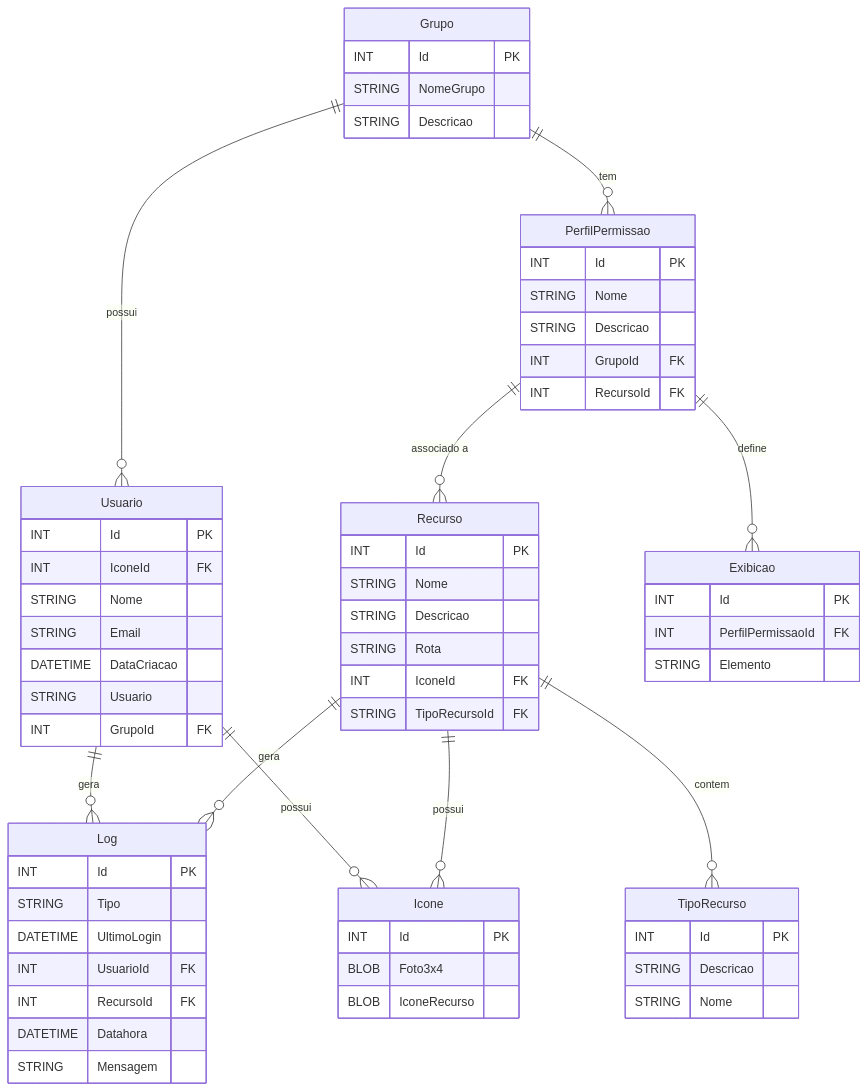
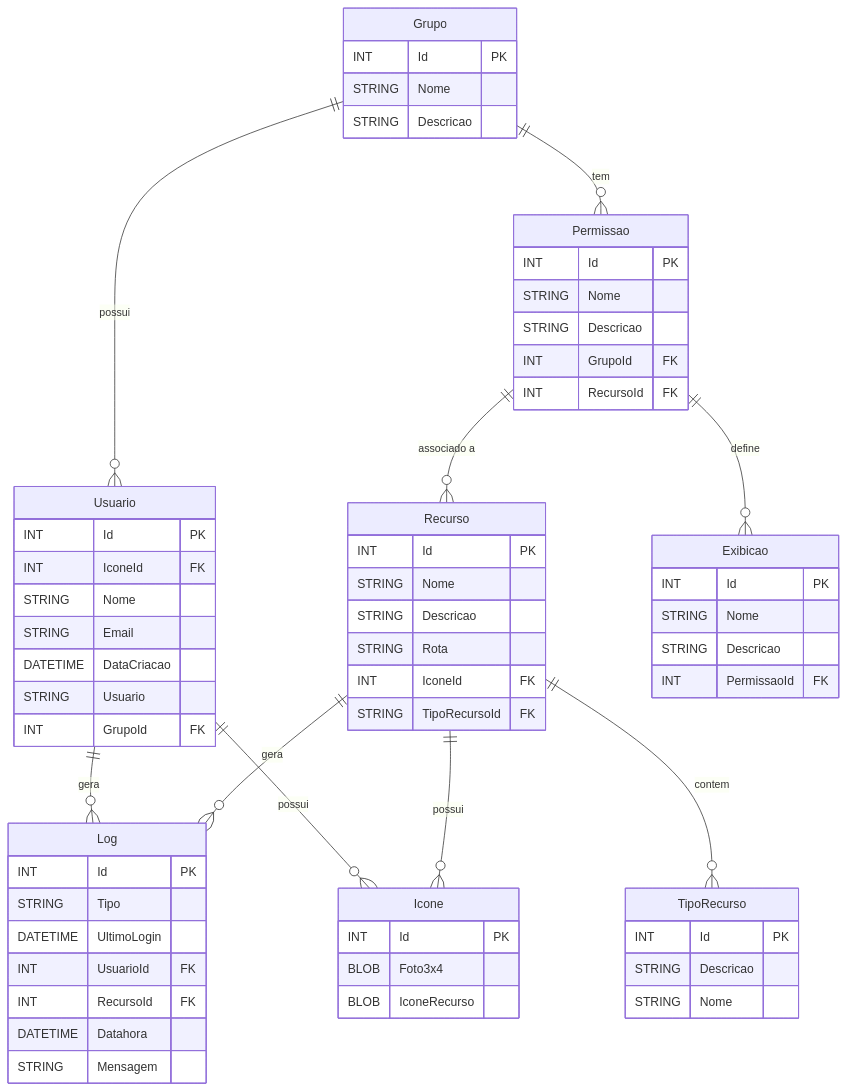
Before and after one commit to ruthmira-1risjc/exemplo-banco: the first of 2 diagrams in README.md, drawn with Mermaid. The commit also changed other lines of this file and 1 other file, not shown here.

````diff
--- a/README.md
+++ b/README.md
@@ -181,75 +180,77 @@
 ```mermaid
 erDiagram
 
     Grupo {
         INT Id PK
-        STRING NomeGrupo
+        STRING Nome
         STRING Descricao
     }
     
     Usuario {
         INT Id PK
         INT IconeId FK
         STRING Nome
         STRING Email
         DATETIME DataCriacao
         STRING Usuario
         INT GrupoId FK
     }
 
     
     Icone {
         INT Id PK
         BLOB Foto3x4
         BLOB IconeRecurso
     }
     
     Recurso {
         INT Id PK
         STRING Nome
         STRING Descricao
         STRING Rota
          INT IconeId FK
         STRING TipoRecursoId FK
     }
 
      TipoRecurso {
         INT Id PK
         STRING Descricao
         STRING Nome
     }
     
     Log {
         INT Id PK
         STRING Tipo
         DATETIME UltimoLogin
         INT UsuarioId FK
         INT RecursoId FK
         DATETIME Datahora
         STRING Mensagem
     }
     
-    PerfilPermissao {
+    Permissao {
         INT Id PK
         STRING Nome
         STRING Descricao
         INT GrupoId FK
         INT RecursoId FK
     }
     
     Exibicao {
         INT Id PK
-        INT PerfilPermissaoId FK
-        STRING Elemento
+        STRING Nome
+        STRING Descricao
+        INT PermissaoId FK
+
     }
     
     Grupo ||--o{ Usuario : "possui"
-    Grupo ||--o{ PerfilPermissao : "tem"
-    PerfilPermissao ||--o{ Recurso : "associado a"
-    PerfilPermissao ||--o{ Exibicao : "define"
+    Grupo ||--o{ Permissao : "tem"
+    Permissao ||--o{ Recurso : "associado a"
+    Permissao ||--o{ Exibicao : "define"
     Usuario ||--o{ Log : "gera"
     Usuario ||--o{ Icone : "possui"
     Recurso ||--o{ Icone : "possui"
     Recurso ||--o{ Log : "gera"
     Recurso ||--o{ TipoRecurso : "contem"
 ```
````
